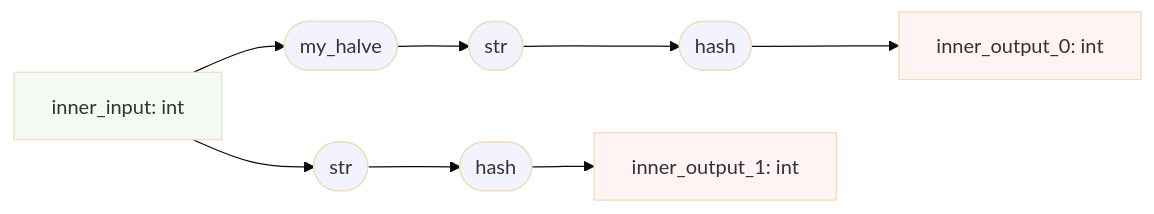
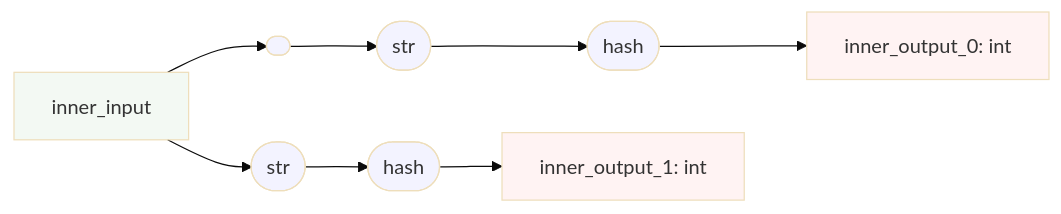
The first of 3 diagrams in CallableGraph.MD (rharris115/callable-graph), drawn with Mermaid (base theme) before and after one commit. The commit also changed other lines of this file and 11 other files, not shown here.

````diff
--- a/CallableGraph.MD
+++ b/CallableGraph.MD
@@ -2,22 +2,22 @@
 ```mermaid
 graph LR
 
   %% Subgraph Edges
 
   %% Top Level Edges
-  dn_inner_input["inner_input: int"]:::ks --> f_0_0(["my_halve"]):::fs
+  dn_inner_input["inner_input"]:::ks --> f_0_0(["<lambda>"]):::fs
   f_0_0 --> f_0_1(["str"]):::fs
   f_0_1 --> f_0_2(["hash"]):::fs
   f_0_2 --> dn_inner_output_0["inner_output_0: int"]:::ts
   dn_inner_input --> f_1_0(["str"]):::fs
   f_1_0 --> f_1_1(["hash"]):::fs
   f_1_1 --> dn_inner_output_1["inner_output_1: int"]:::ts
 
   %% Styling
   classDef ks fill:#0080000c;
   classDef is fill:#ffff000c;
   classDef ts fill:#ff00000c;
   classDef ss fill:#00ffff0c;
   classDef fs fill:#0000ff0c;
   classDef rs fill:#ff00007f;
 ```
````
